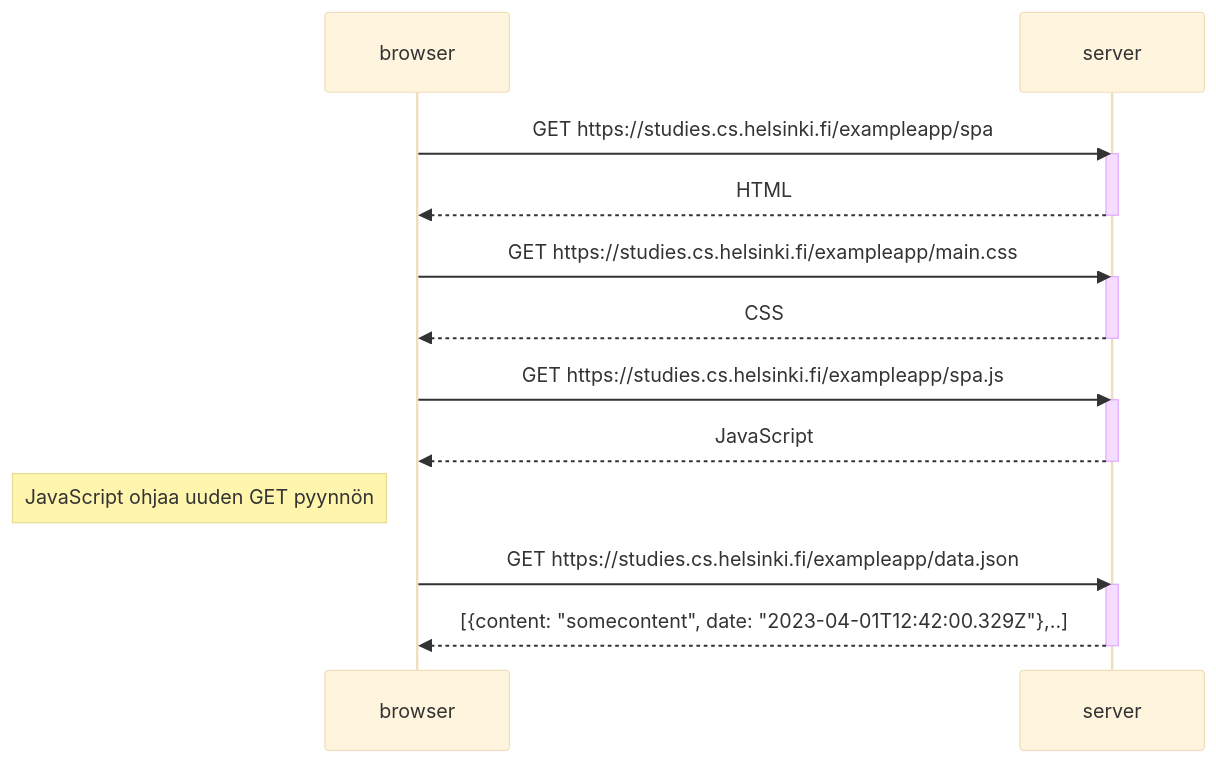
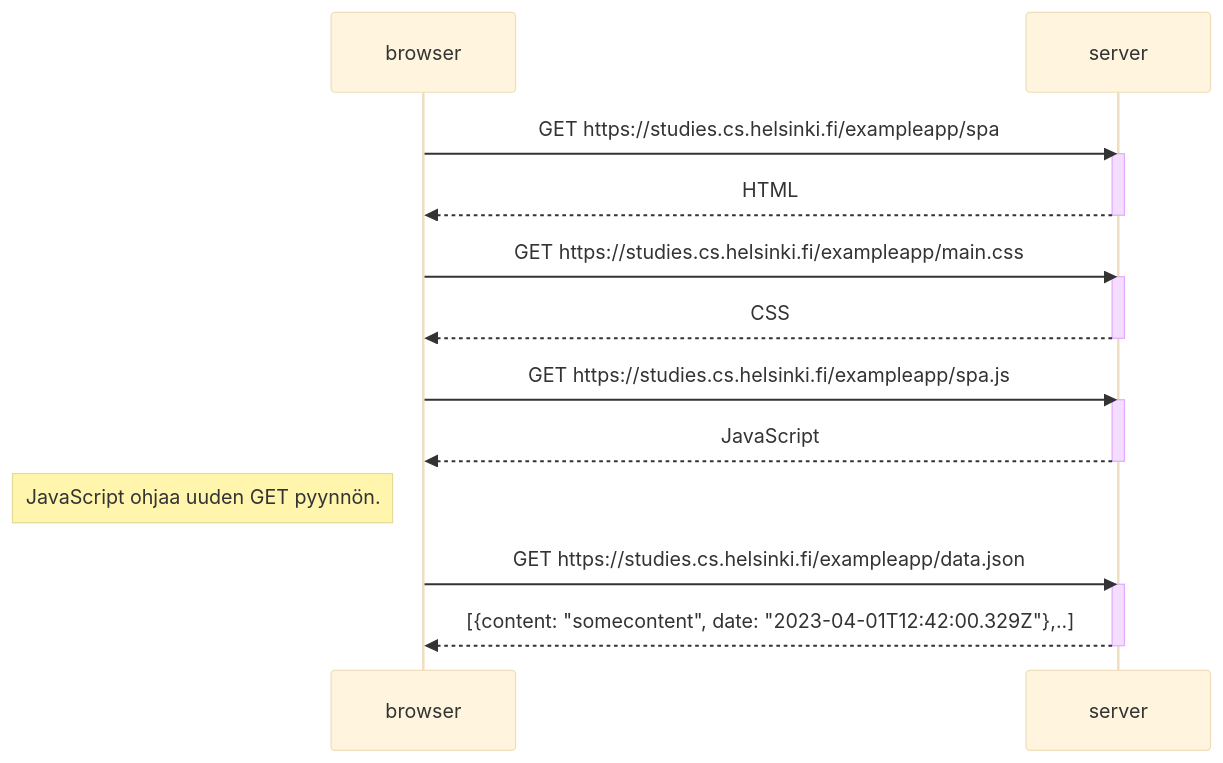
The diagram in part0/0.5.md (hennasavilahti/fullstack-open-2023), drawn with Mermaid (base theme) before and after one commit. The commit also changed 2 other files, not shown here.

Commit message:
Finished part 0

````diff
--- a/part0/0.5.md
+++ b/part0/0.5.md
@@ -1,26 +1,26 @@
 ```mermaid
 sequenceDiagram
     participant browser
     participant server
 
     browser->>server:GET https://studies.cs.helsinki.fi/exampleapp/spa;
     activate server
     server-->>browser:HTML
     deactivate server
 
     browser->>server:GET https://studies.cs.helsinki.fi/exampleapp/main.css;
     activate server
     server-->>browser:CSS
     deactivate server
 
     browser->>server:GET https://studies.cs.helsinki.fi/exampleapp/spa.js;
     activate server
     server-->>browser:JavaScript
     deactivate server
-    Note left of browser: JavaScript ohjaa uuden GET pyynnön
+    Note left of browser: JavaScript ohjaa uuden GET pyynnön.
 
     browser->>server:GET https://studies.cs.helsinki.fi/exampleapp/data.json;
     activate server
     server-->>browser:[{content: "somecontent", date: "2023-04-01T12:42:00.329Z"},..]
     deactivate server
 ```
````
